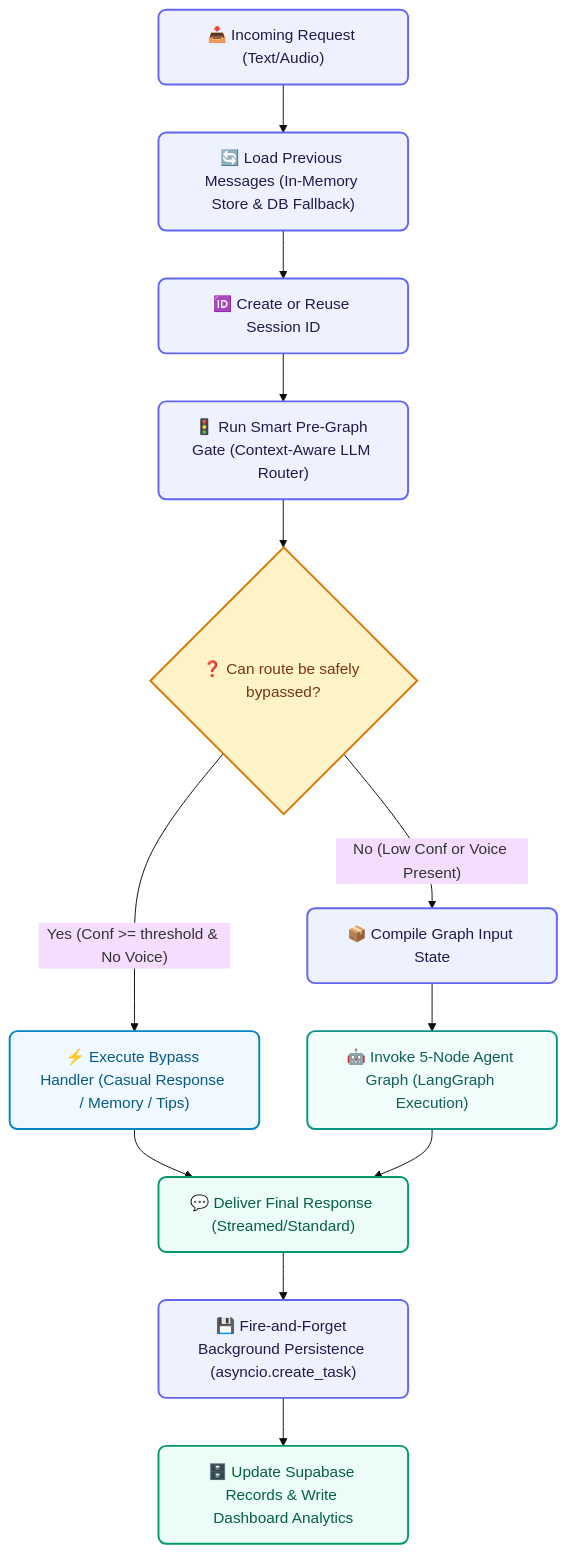
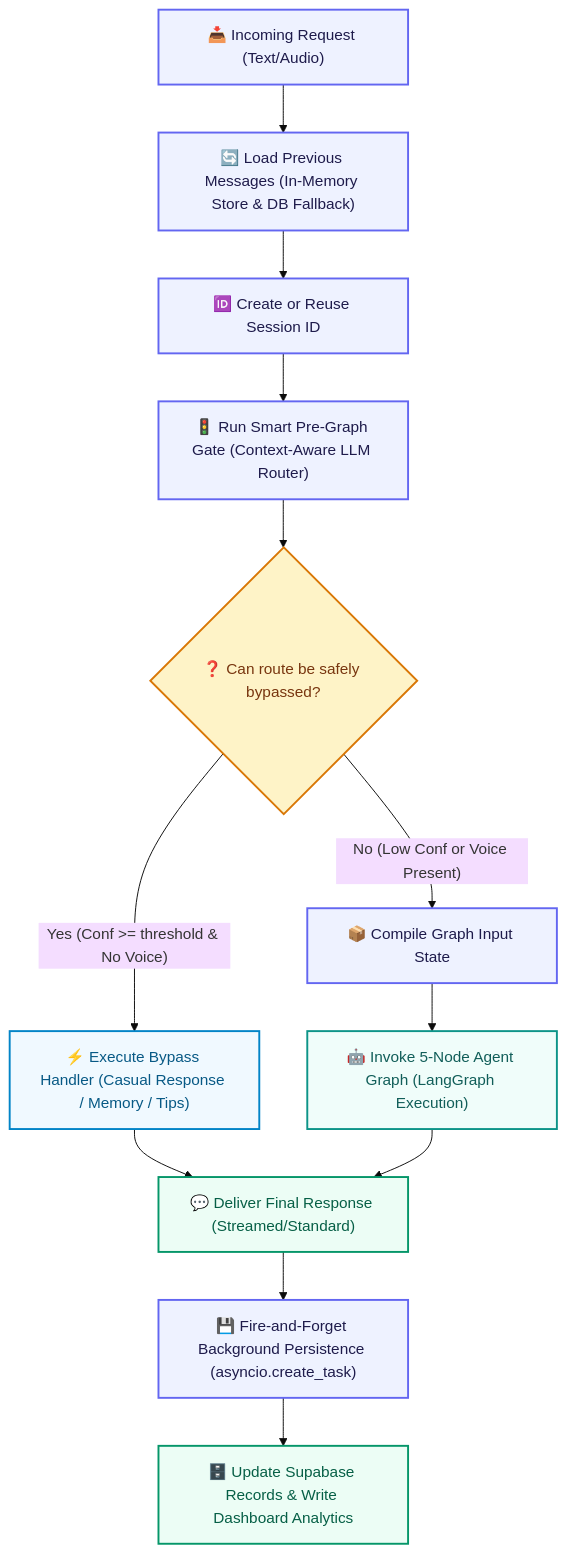
The second of 21 diagrams in README.md (taha-mehmood-03/Personlaized-Trainer-Using-Agentic-AI), drawn with Mermaid (base theme) before and after one commit. The commit also changed other lines of this file and 87 other files, not shown here.

````diff
--- a/README.md
+++ b/README.md
@@ -135,32 +288,32 @@
 ```mermaid
 flowchart TD
-    classDef step fill:#EEF2FF,stroke:#6366F1,stroke-width:2px,color:#1E1B4B,rx:8px,ry:8px;
+    classDef step fill:#EEF2FF,stroke:#6366F1,stroke-width:2px,color:#1E1B4B;
     classDef decision fill:#FEF3C7,stroke:#D97706,stroke-width:2px,color:#78350F;
-    classDef bypass fill:#F0F9FF,stroke:#0284C7,stroke-width:2px,color:#075985,rx:8px,ry:8px;
-    classDef run fill:#F0FDFA,stroke:#0D9488,stroke-width:2px,color:#115E59,rx:8px,ry:8px;
-    classDef final fill:#ECFDF5,stroke:#059669,stroke-width:2px,color:#065F46,rx:8px,ry:8px;
+    classDef bypass fill:#F0F9FF,stroke:#0284C7,stroke-width:2px,color:#075985;
+    classDef run fill:#F0FDFA,stroke:#0D9488,stroke-width:2px,color:#115E59;
+    classDef final fill:#ECFDF5,stroke:#059669,stroke-width:2px,color:#065F46;
 
     A["📥 Incoming Request (Text/Audio)"]:::step
     B["🔄 Load Previous Messages (In-Memory Store & DB Fallback)"]:::step
     C["🆔 Create or Reuse Session ID"]:::step
     D["🚦 Run Smart Pre-Graph Gate (Context-Aware LLM Router)"]:::step
     E{"❓ Can route be safely bypassed?"}:::decision
     F["⚡ Execute Bypass Handler (Casual Response / Memory / Tips)"]:::bypass
     G["📦 Compile Graph Input State"]:::step
     H["🤖 Invoke 5-Node Agent Graph (LangGraph Execution)"]:::run
     I["💬 Deliver Final Response (Streamed/Standard)"]:::final
     J["💾 Fire-and-Forget Background Persistence (asyncio.create_task)"]:::step
     K["🗄️ Update Supabase Records & Write Dashboard Analytics"]:::final
 
     A --> B
     B --> C
     C --> D
     D --> E
     E -- Yes (Conf >= threshold & No Voice) --> F
     E -- No (Low Conf or Voice Present) --> G
     F --> I
     G --> H
     H --> I
     I --> J
     J --> K
 ```
````
